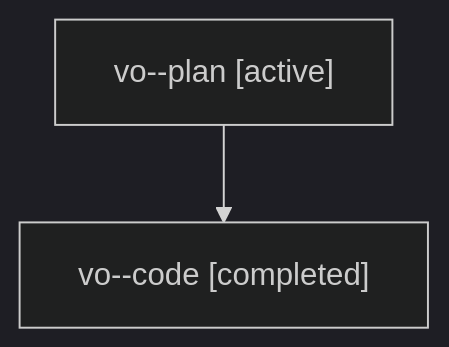
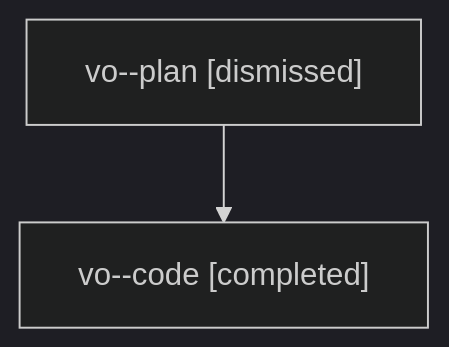
The diagram in sessions/bbugyi200.athena.vo.md (sase-org/sase--agents), drawn with Mermaid (dark theme) before and after one commit. The commit also changed other lines of this file and 38 other files, not shown here.

````diff
--- a/sessions/bbugyi200.athena.vo.md
+++ b/sessions/bbugyi200.athena.vo.md
@@ -9,6 +9,6 @@
 ```mermaid
 flowchart TD
-  n0["vo--plan [active]"]
+  n0["vo--plan [dismissed]"]
   n1["vo--code [completed]"]
   n0 --> n1
 ```
````
